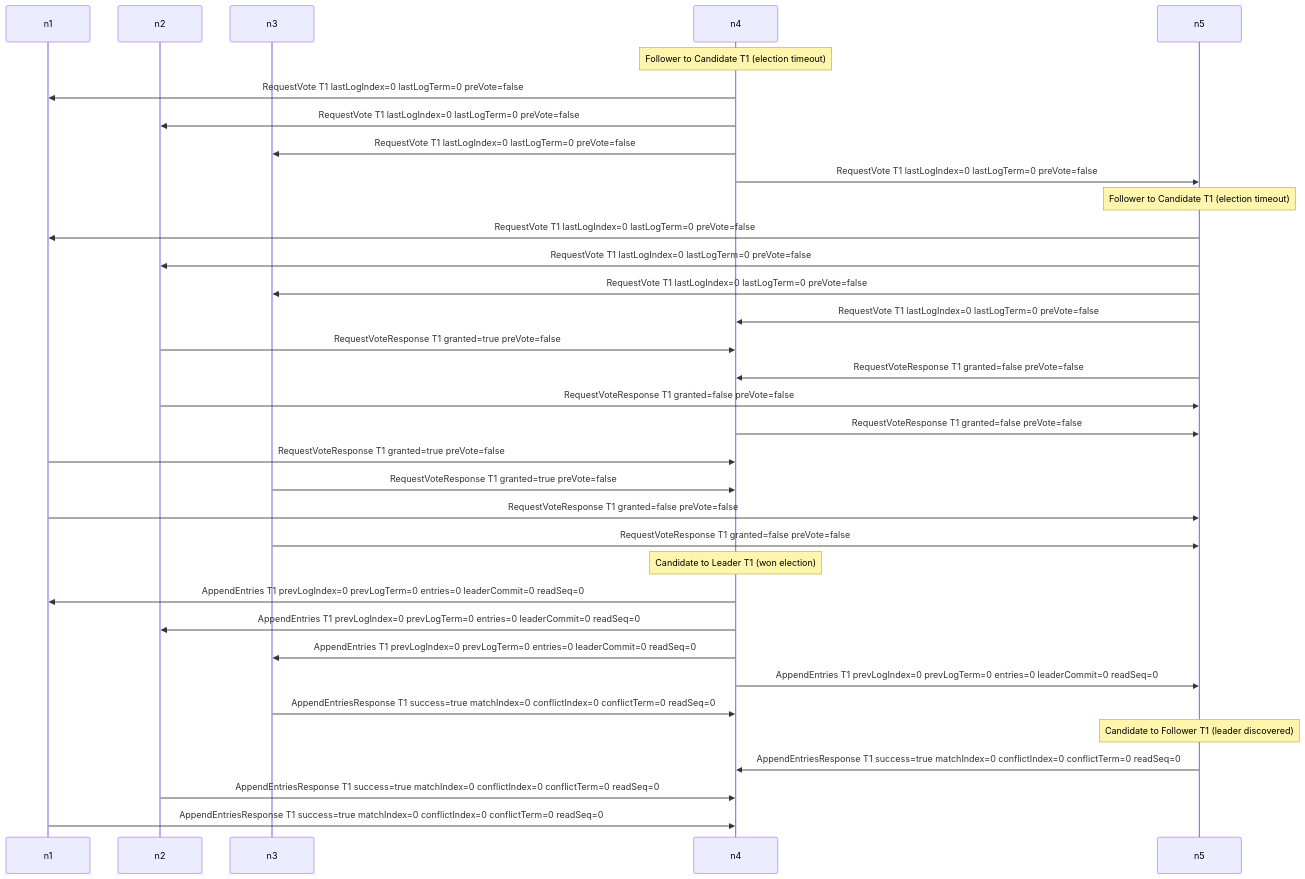
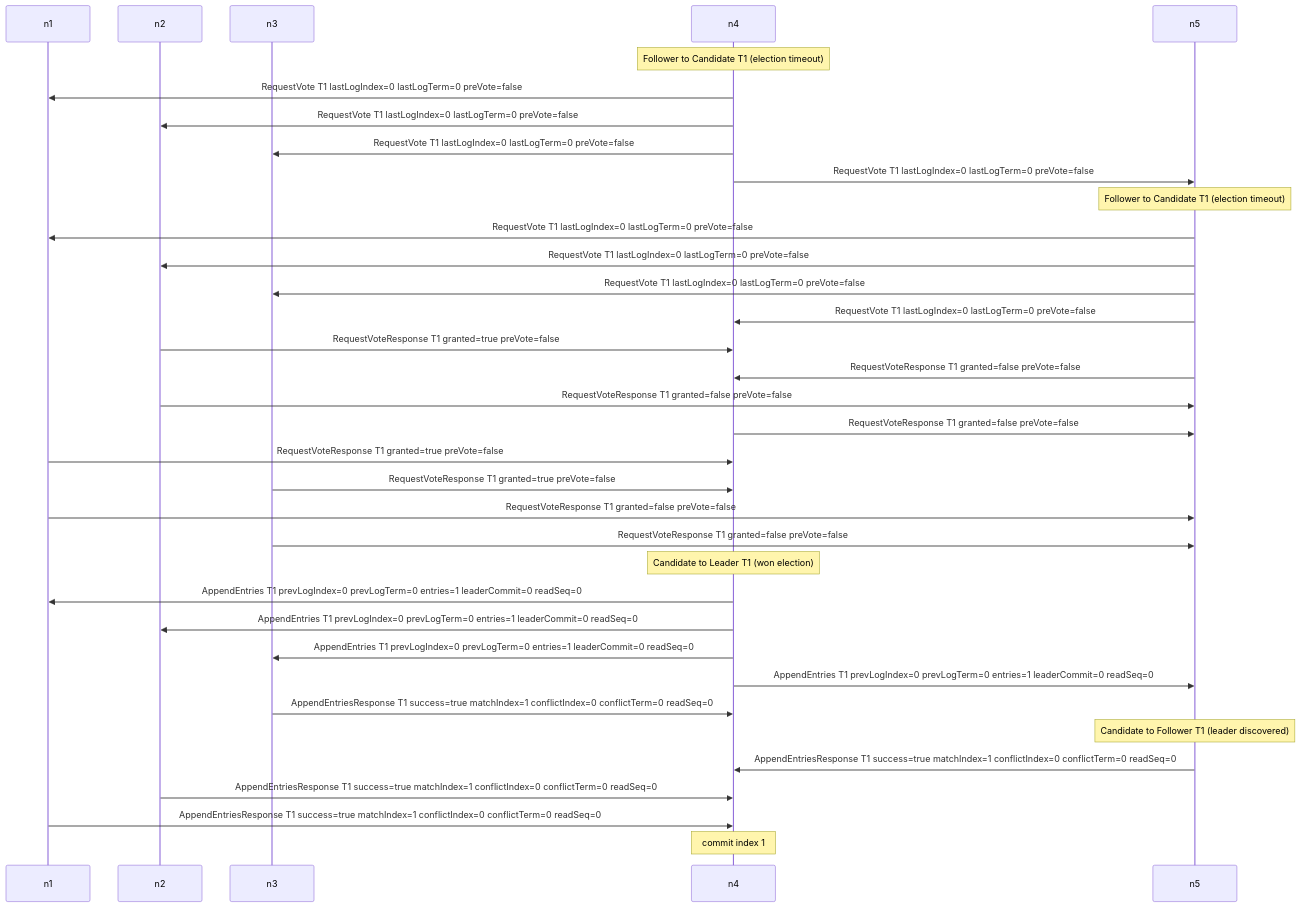
Before and after one commit to ok0/raftlab: the diagram in docs/generated/election.md, drawn with Mermaid. The commit also changed 27 other files, not shown here.

````diff
--- a/docs/generated/election.md
+++ b/docs/generated/election.md
@@ -6,36 +6,37 @@
 ```mermaid
 sequenceDiagram
     participant P0 as n1
     participant P1 as n2
     participant P2 as n3
     participant P3 as n4
     participant P4 as n5
     Note over P3: Follower to Candidate T1 (election timeout)
     P3->>P0: RequestVote T1 lastLogIndex=0 lastLogTerm=0 preVote=false
     P3->>P1: RequestVote T1 lastLogIndex=0 lastLogTerm=0 preVote=false
     P3->>P2: RequestVote T1 lastLogIndex=0 lastLogTerm=0 preVote=false
     P3->>P4: RequestVote T1 lastLogIndex=0 lastLogTerm=0 preVote=false
     Note over P4: Follower to Candidate T1 (election timeout)
     P4->>P0: RequestVote T1 lastLogIndex=0 lastLogTerm=0 preVote=false
     P4->>P1: RequestVote T1 lastLogIndex=0 lastLogTerm=0 preVote=false
     P4->>P2: RequestVote T1 lastLogIndex=0 lastLogTerm=0 preVote=false
     P4->>P3: RequestVote T1 lastLogIndex=0 lastLogTerm=0 preVote=false
     P1->>P3: RequestVoteResponse T1 granted=true preVote=false
     P4->>P3: RequestVoteResponse T1 granted=false preVote=false
     P1->>P4: RequestVoteResponse T1 granted=false preVote=false
     P3->>P4: RequestVoteResponse T1 granted=false preVote=false
     P0->>P3: RequestVoteResponse T1 granted=true preVote=false
     P2->>P3: RequestVoteResponse T1 granted=true preVote=false
     P0->>P4: RequestVoteResponse T1 granted=false preVote=false
     P2->>P4: RequestVoteResponse T1 granted=false preVote=false
     Note over P3: Candidate to Leader T1 (won election)
-    P3->>P0: AppendEntries T1 prevLogIndex=0 prevLogTerm=0 entries=0 leaderCommit=0 readSeq=0
-    P3->>P1: AppendEntries T1 prevLogIndex=0 prevLogTerm=0 entries=0 leaderCommit=0 readSeq=0
-    P3->>P2: AppendEntries T1 prevLogIndex=0 prevLogTerm=0 entries=0 leaderCommit=0 readSeq=0
-    P3->>P4: AppendEntries T1 prevLogIndex=0 prevLogTerm=0 entries=0 leaderCommit=0 readSeq=0
-    P2->>P3: AppendEntriesResponse T1 success=true matchIndex=0 conflictIndex=0 conflictTerm=0 readSeq=0
+    P3->>P0: AppendEntries T1 prevLogIndex=0 prevLogTerm=0 entries=1 leaderCommit=0 readSeq=0
+    P3->>P1: AppendEntries T1 prevLogIndex=0 prevLogTerm=0 entries=1 leaderCommit=0 readSeq=0
+    P3->>P2: AppendEntries T1 prevLogIndex=0 prevLogTerm=0 entries=1 leaderCommit=0 readSeq=0
+    P3->>P4: AppendEntries T1 prevLogIndex=0 prevLogTerm=0 entries=1 leaderCommit=0 readSeq=0
+    P2->>P3: AppendEntriesResponse T1 success=true matchIndex=1 conflictIndex=0 conflictTerm=0 readSeq=0
     Note over P4: Candidate to Follower T1 (leader discovered)
-    P4->>P3: AppendEntriesResponse T1 success=true matchIndex=0 conflictIndex=0 conflictTerm=0 readSeq=0
-    P1->>P3: AppendEntriesResponse T1 success=true matchIndex=0 conflictIndex=0 conflictTerm=0 readSeq=0
-    P0->>P3: AppendEntriesResponse T1 success=true matchIndex=0 conflictIndex=0 conflictTerm=0 readSeq=0
+    P4->>P3: AppendEntriesResponse T1 success=true matchIndex=1 conflictIndex=0 conflictTerm=0 readSeq=0
+    P1->>P3: AppendEntriesResponse T1 success=true matchIndex=1 conflictIndex=0 conflictTerm=0 readSeq=0
+    P0->>P3: AppendEntriesResponse T1 success=true matchIndex=1 conflictIndex=0 conflictTerm=0 readSeq=0
+    Note over P3: commit index 1
 ```
````
